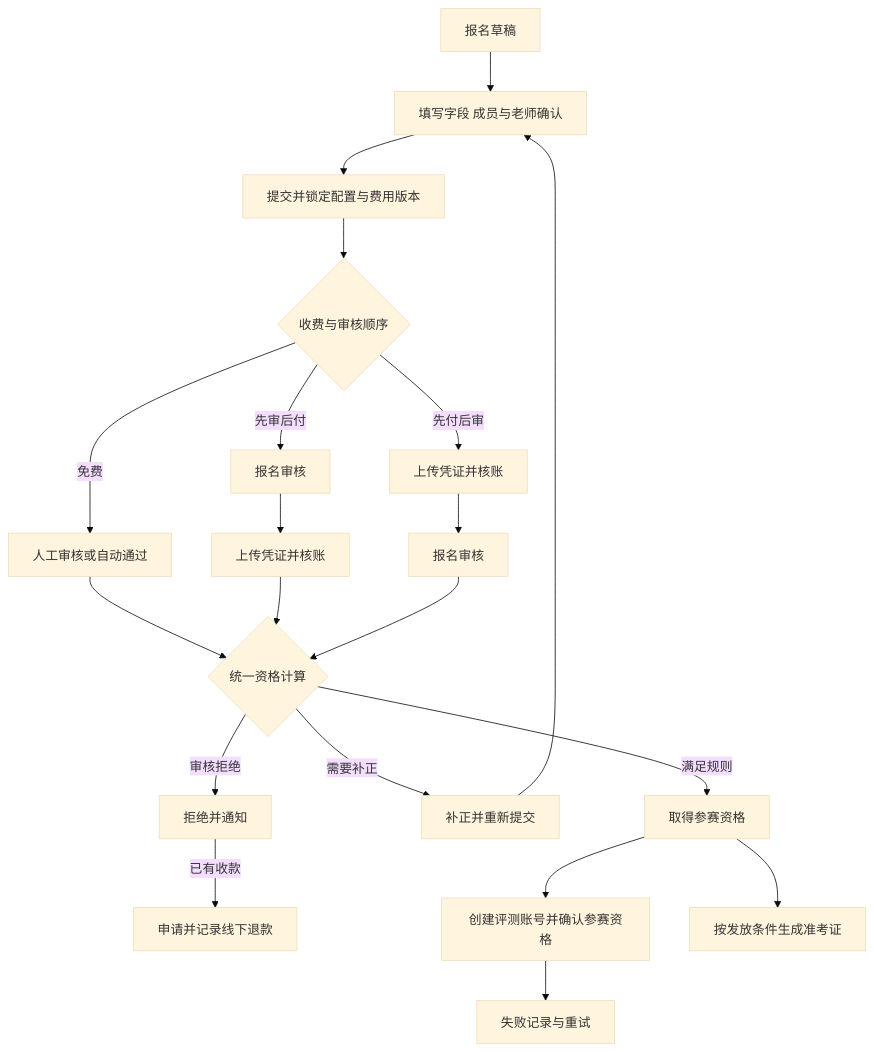
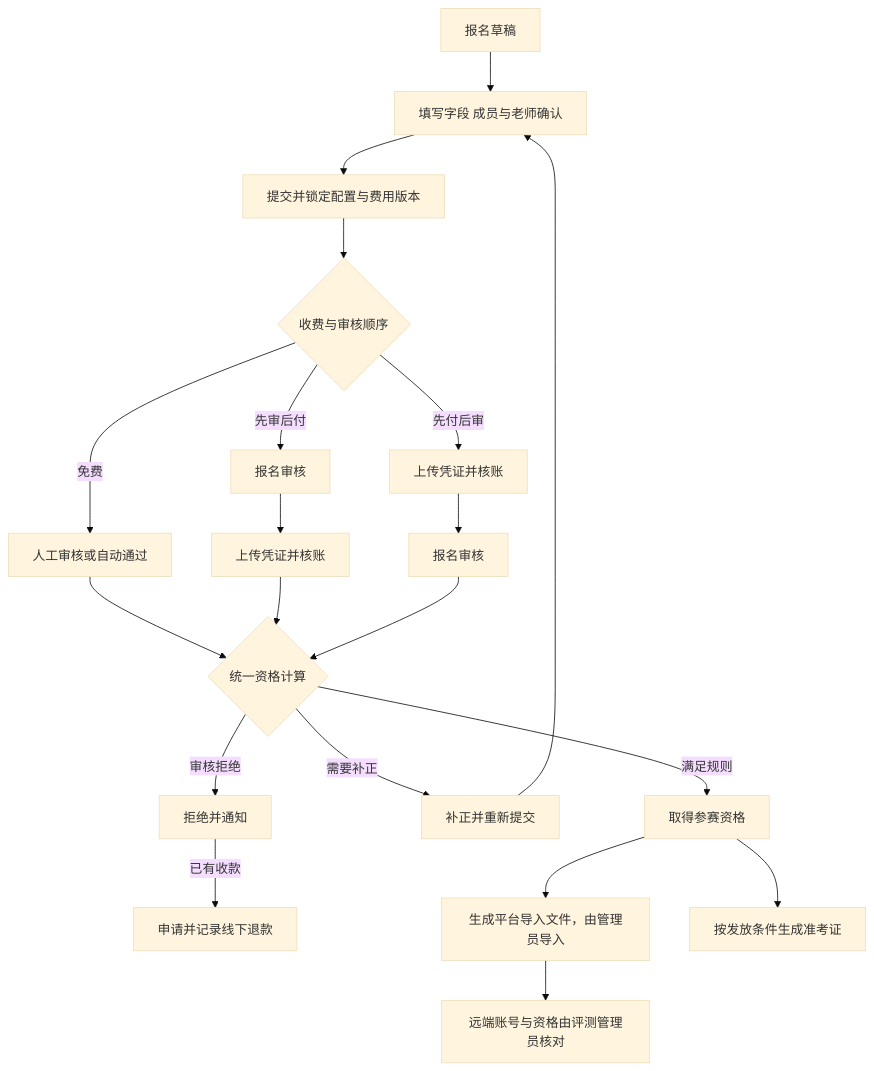
One commit to Albert-Li-Sz/NXOPA-RegSYS changed the third of 3 diagrams in docs/ARCHITECTURE.md. Above: the diagram before and after it, drawn with Mermaid (base theme). The commit also changed other lines of this file and 128 other files, not shown here.

````diff
--- a/docs/ARCHITECTURE.md
+++ b/docs/ARCHITECTURE.md
@@ -114,22 +114,22 @@
 ```mermaid
 flowchart TD
     Draft[报名草稿] --> Fill[填写字段 成员与老师确认]
     Fill --> Submit[提交并锁定配置与费用版本]
     Submit --> Policy{收费与审核顺序}
     Policy -->|免费| FreeReview[人工审核或自动通过]
     Policy -->|先审后付| ReviewFirst[报名审核]
     ReviewFirst --> PayAfter[上传凭证并核账]
     Policy -->|先付后审| PayFirst[上传凭证并核账]
     PayFirst --> ReviewAfter[报名审核]
     FreeReview --> Eligible{统一资格计算}
     PayAfter --> Eligible
     ReviewAfter --> Eligible
     Eligible -->|满足规则| Ready[取得参赛资格]
     Eligible -->|需要补正| Correct[补正并重新提交]
     Correct --> Fill
     Eligible -->|审核拒绝| Rejected[拒绝并通知]
     Rejected -->|已有收款| Refund[申请并记录线下退款]
-    Ready --> Sync[创建评测账号并确认参赛资格]
+    Ready --> Export[生成平台导入文件，由管理员导入]
     Ready --> Admission[按发放条件生成准考证]
-    Sync --> Retry[失败记录与重试]
+    Export --> Manual[远端账号与资格由评测管理员核对]
 ```
````
